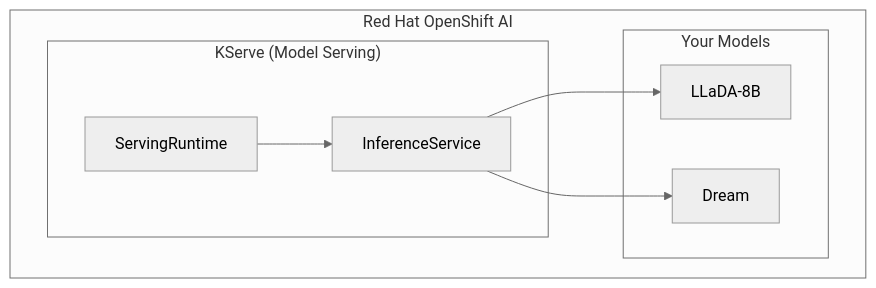
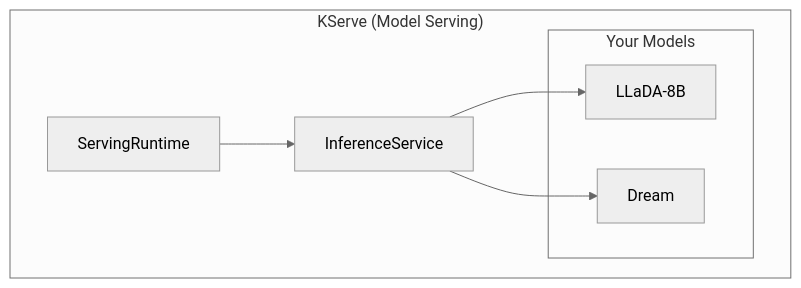
One commit to mwaykole/vdiff changed diagram 12 of 13 in docs/dev-doc/01-concepts.md. Above: the diagram before and after it, drawn with Mermaid (neutral theme). The commit also changed other lines of this file and 107 other files, not shown here.

````diff
--- a/docs/dev-doc/01-concepts.md
+++ b/docs/dev-doc/01-concepts.md
@@ -316,18 +318,16 @@
 ```mermaid
 flowchart TB
-    subgraph RHOAI["Red Hat OpenShift AI"]
-        subgraph KServe["KServe (Model Serving)"]
-            RT[ServingRuntime]
-            IS[InferenceService]
-        end
+    subgraph KServe["KServe (Model Serving)"]
+        RT[ServingRuntime]
+        IS[InferenceService]
         
         subgraph Models["Your Models"]
             M1["LLaDA-8B"]
             M2["Dream"]
         end
     end
     
     RT --> IS
     IS --> M1
     IS --> M2
 ```
````
